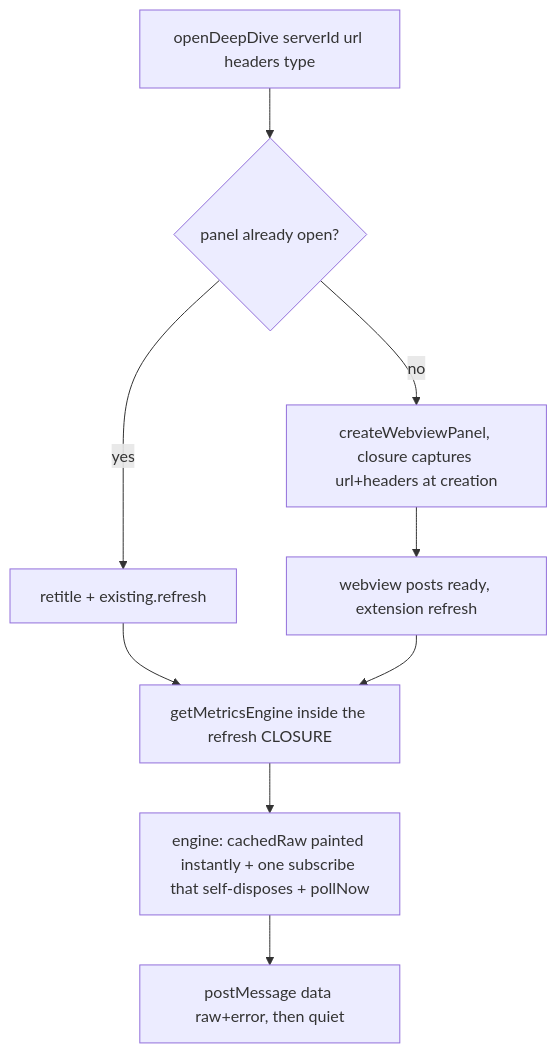
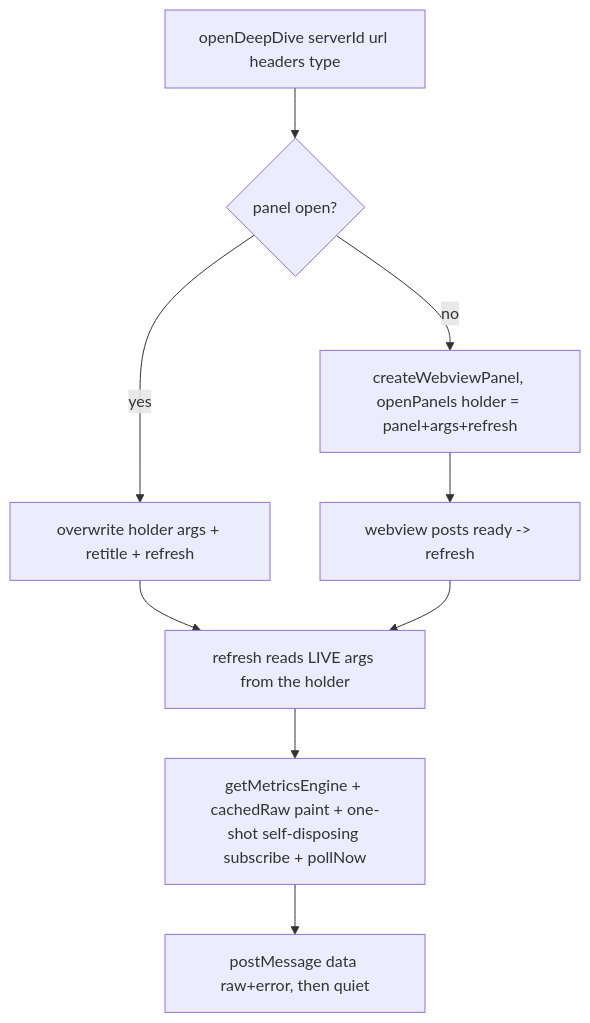
Diagram 12 of 18 in docs/complexity-audit.md (fuzzifikation/vLLM-Copilot), drawn with Mermaid before and after one commit. The commit also changed other lines of this file and 113 other files, not shown here.

````diff
--- a/docs/complexity-audit.md
+++ b/docs/complexity-audit.md
@@ -777,11 +462,11 @@
 ```mermaid
 flowchart TD
-    CMD[openDeepDive serverId url headers type] --> EX{panel already open?}
-    EX -->|yes| RT[retitle + existing.refresh] 
-    EX -->|no| MK[createWebviewPanel, closure captures url+headers at creation]
-    MK --> RD[webview posts ready, extension refresh] 
-    RT --> GME[getMetricsEngine inside the refresh CLOSURE]
-    RD --> GME
-    GME --> ENG[engine: cachedRaw painted instantly + one subscribe that self-disposes + pollNow]
-    ENG --> PM[postMessage data raw+error, then quiet]
+    CMD[openDeepDive serverId url headers type] --> EX{panel open?}
+    EX -->|yes| UP[overwrite holder args + retitle + refresh]
+    EX -->|no| MK[createWebviewPanel, openPanels holder = panel+args+refresh]
+    MK --> RD[webview posts ready -> refresh]
+    UP --> RF[refresh reads LIVE args from the holder]
+    RD --> RF
+    RF --> GME[getMetricsEngine + cachedRaw paint + one-shot self-disposing subscribe + pollNow]
+    GME --> PM[postMessage data raw+error, then quiet]
 ```
````
